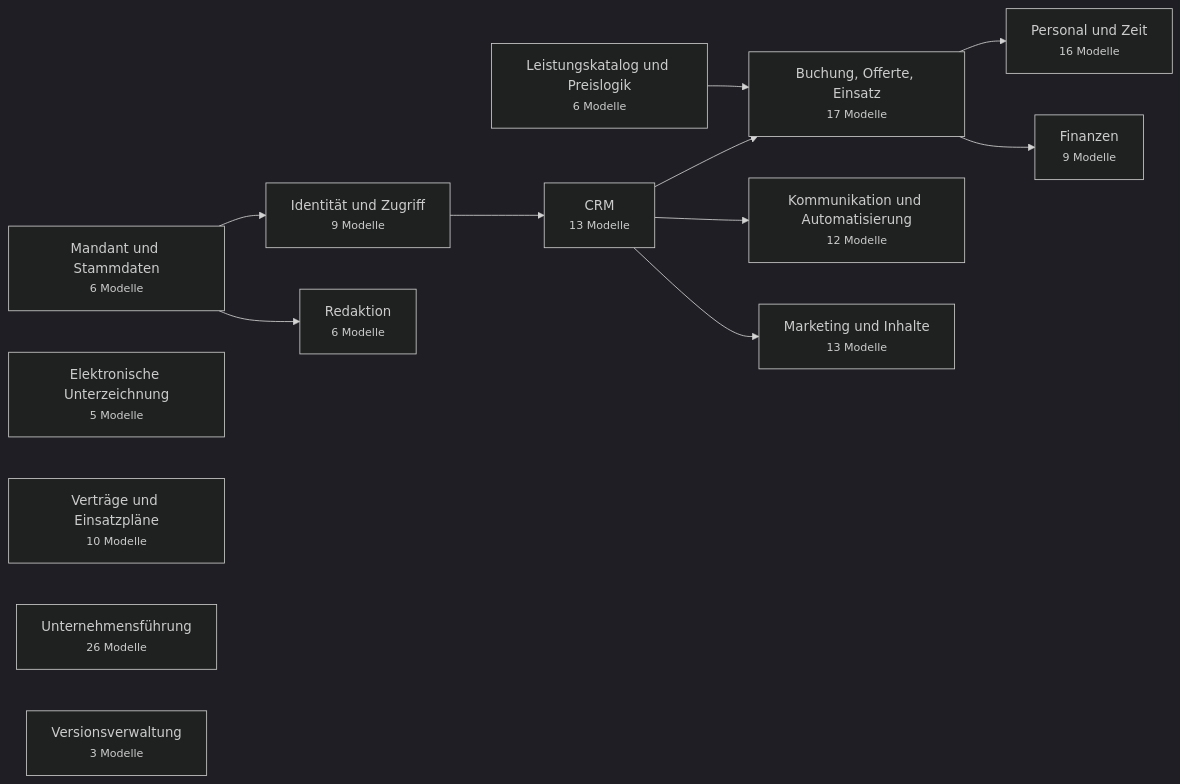
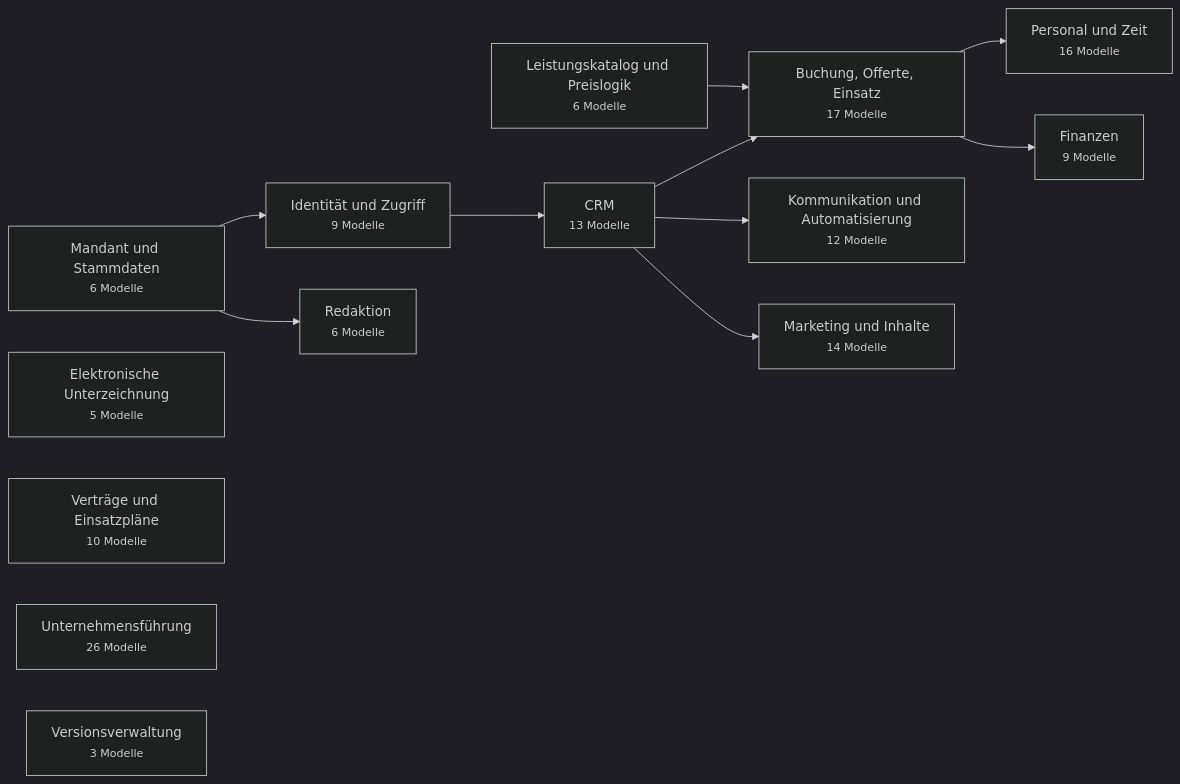
One commit to javadqasemi/Clenaris changed the first of 15 diagrams in docs/DATABASE.md. Above: the diagram before and after it, drawn with Mermaid (dark theme). The commit also changed other lines of this file and 20 other files, not shown here.

````diff
--- a/docs/DATABASE.md
+++ b/docs/DATABASE.md
@@ -36,26 +36,26 @@
 ```mermaid
 flowchart LR
   stammdaten["Mandant und Stammdaten<br/><small>6 Modelle</small>"]
   identitaet["Identität und Zugriff<br/><small>9 Modelle</small>"]
   signatur["Elektronische Unterzeichnung<br/><small>5 Modelle</small>"]
   crm["CRM<br/><small>13 Modelle</small>"]
   katalog["Leistungskatalog und Preislogik<br/><small>6 Modelle</small>"]
   auftrag["Buchung, Offerte, Einsatz<br/><small>17 Modelle</small>"]
   vertraege["Verträge und Einsatzpläne<br/><small>10 Modelle</small>"]
   personal["Personal und Zeit<br/><small>16 Modelle</small>"]
   finanzen["Finanzen<br/><small>9 Modelle</small>"]
   kommunikation["Kommunikation und Automatisierung<br/><small>12 Modelle</small>"]
-  marketing["Marketing und Inhalte<br/><small>13 Modelle</small>"]
+  marketing["Marketing und Inhalte<br/><small>14 Modelle</small>"]
   redaktion["Redaktion<br/><small>6 Modelle</small>"]
   fuehrung["Unternehmensführung<br/><small>26 Modelle</small>"]
   versionen["Versionsverwaltung<br/><small>3 Modelle</small>"]
   stammdaten --> identitaet
   identitaet --> crm
   crm --> auftrag
   katalog --> auftrag
   auftrag --> personal
   auftrag --> finanzen
   crm --> kommunikation
   crm --> marketing
   stammdaten --> redaktion
 ```
````
